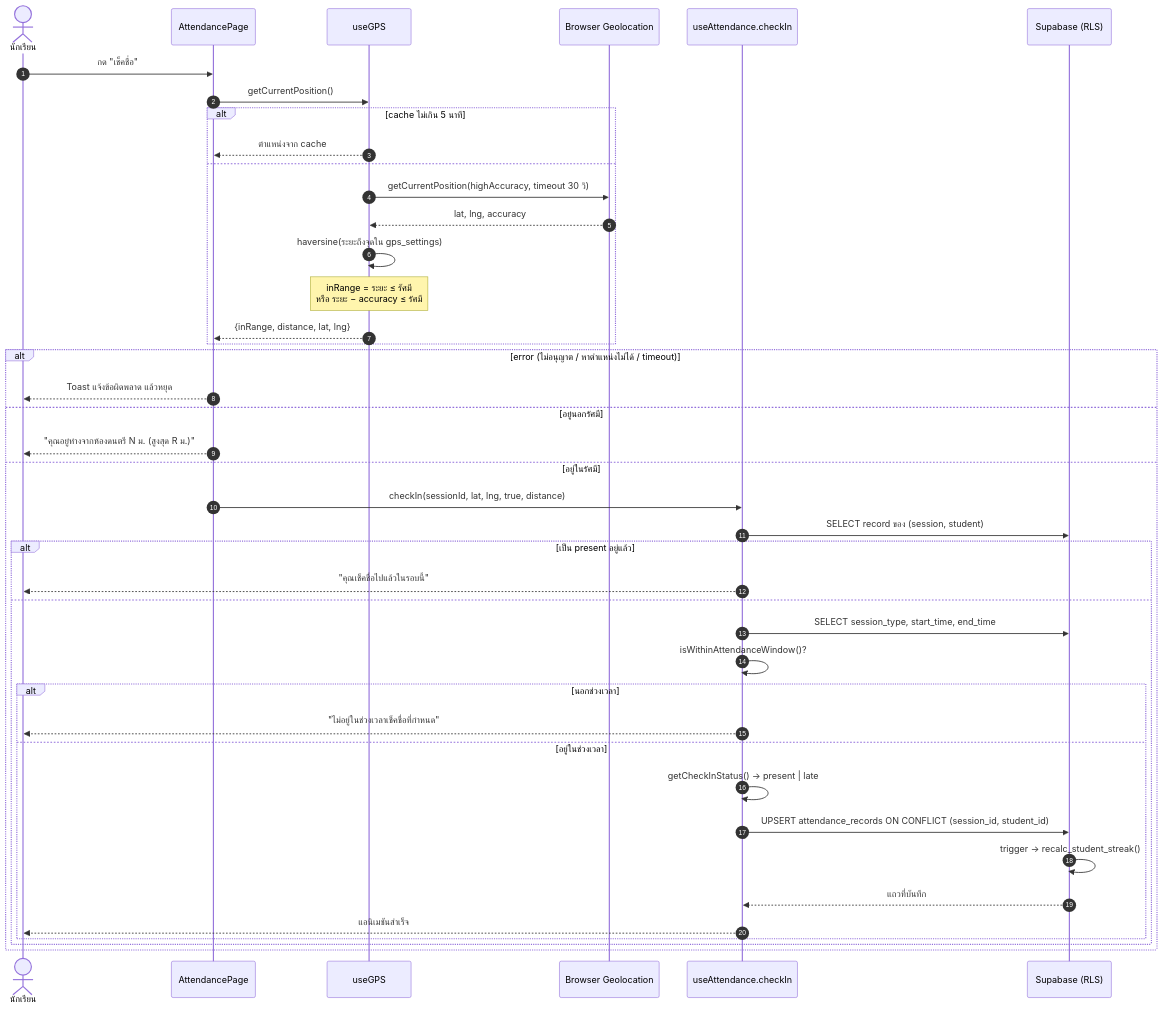
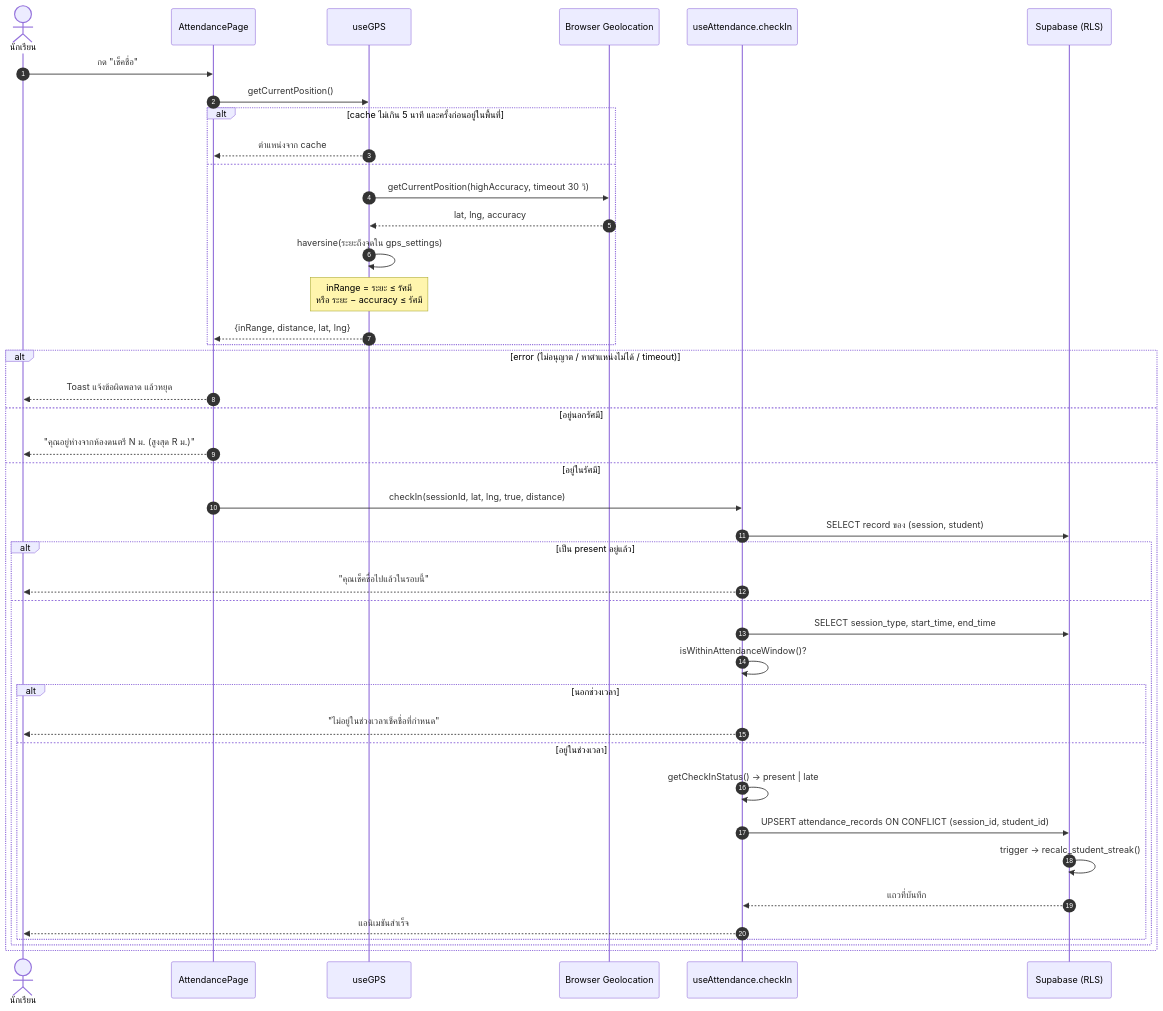
One commit to wachirawitraksa/marching-band-attendance changed the fifth of 15 diagrams in README.th.md. Above: the diagram before and after it, drawn with Mermaid. The commit also changed other lines of this file and 1 other file, not shown here.

````diff
--- a/README.th.md
+++ b/README.th.md
@@ -254,46 +273,46 @@
 ```mermaid
 sequenceDiagram
     autonumber
     actor S as นักเรียน
     participant P as AttendancePage
     participant G as useGPS
     participant B as Browser Geolocation
     participant A as useAttendance.checkIn
     participant DB as Supabase (RLS)
 
     S->>P: กด "เช็คชื่อ"
     P->>G: getCurrentPosition()
-    alt cache ไม่เกิน 5 นาที
+    alt cache ไม่เกิน 5 นาที และครั้งก่อนอยู่ในพื้นที่
         G-->>P: ตำแหน่งจาก cache
     else
         G->>B: getCurrentPosition(highAccuracy, timeout 30 วิ)
         B-->>G: lat, lng, accuracy
         G->>G: haversine(ระยะถึงจุดใน gps_settings)
         Note over G: inRange = ระยะ ≤ รัศมี<br/>หรือ ระยะ − accuracy ≤ รัศมี
         G-->>P: {inRange, distance, lat, lng}
     end
 
     alt error (ไม่อนุญาต / หาตำแหน่งไม่ได้ / timeout)
         P-->>S: Toast แจ้งข้อผิดพลาด แล้วหยุด
     else อยู่นอกรัศมี
         P-->>S: "คุณอยู่ห่างจากห้องดนตรี N ม. (สูงสุด R ม.)"
     else อยู่ในรัศมี
         P->>A: checkIn(sessionId, lat, lng, true, distance)
         A->>DB: SELECT record ของ (session, student)
         alt เป็น present อยู่แล้ว
             A-->>S: "คุณเช็คชื่อไปแล้วในรอบนี้"
         else
             A->>DB: SELECT session_type, start_time, end_time
             A->>A: isWithinAttendanceWindow()?
             alt นอกช่วงเวลา
                 A-->>S: "ไม่อยู่ในช่วงเวลาเช็คชื่อที่กำหนด"
             else อยู่ในช่วงเวลา
                 A->>A: getCheckInStatus() → present | late
                 A->>DB: UPSERT attendance_records ON CONFLICT (session_id, student_id)
                 DB->>DB: trigger → recalc_student_streak()
                 DB-->>A: แถวที่บันทึก
                 A-->>S: แอนิเมชันสำเร็จ
             end
         end
     end
 ```
````
